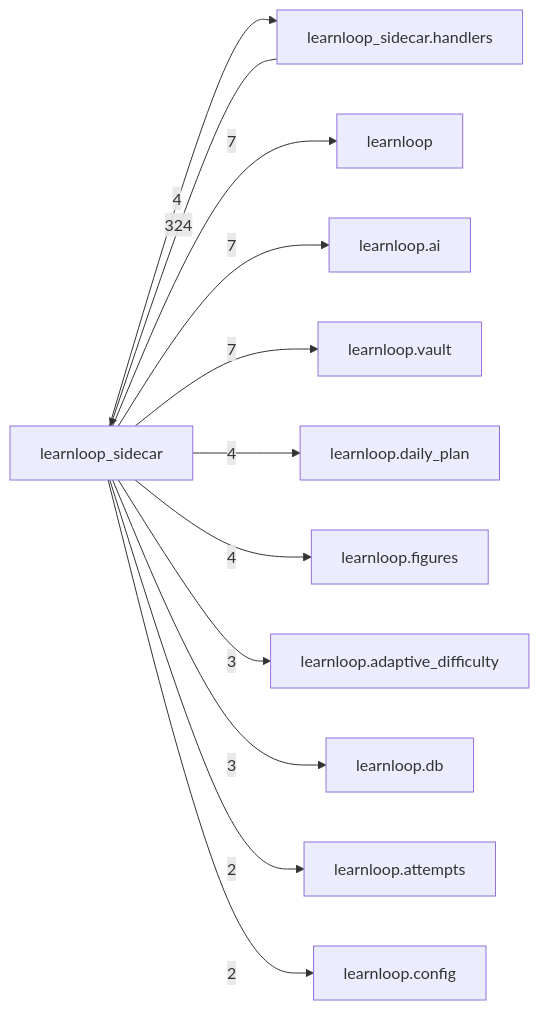
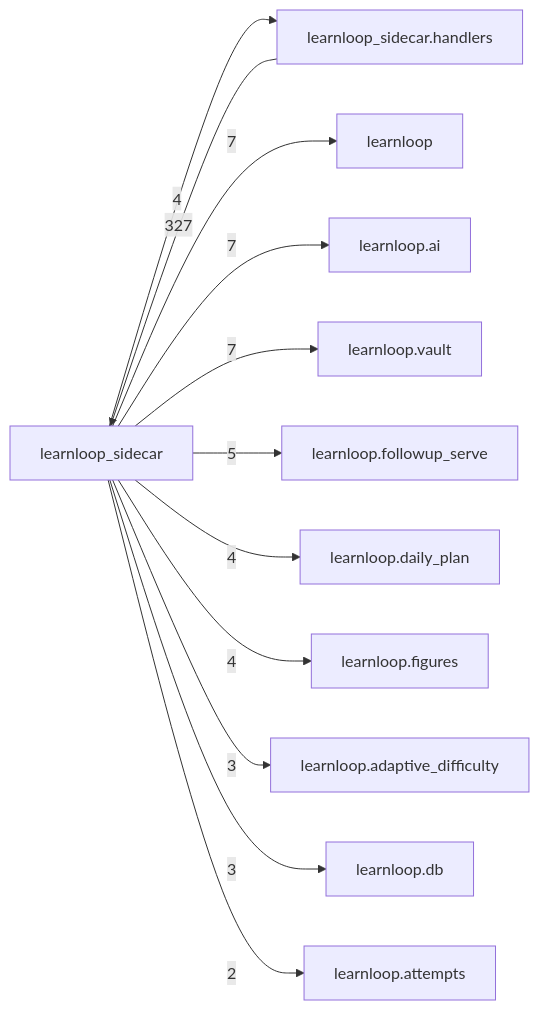
The diagram in docs/learnloop-architecture-vault/Reference/Modules/learnloop_sidecar/_package.md (6up-b/learnanything), drawn with Mermaid before and after one commit. The commit also changed other lines of this file and 616 other files, not shown here.

Commit message:
FG1 WIP (7e): references regenerated at migration 241 (db reference, desktop catalog, module catalog with learnloop.followup_serve and learnloop.followup_run described)

````diff
--- a/docs/learnloop-architecture-vault/Reference/Modules/learnloop_sidecar/_package.md
+++ b/docs/learnloop-architecture-vault/Reference/Modules/learnloop_sidecar/_package.md
@@ -122,25 +124,25 @@
 ```mermaid
 flowchart LR
     center["learnloop_sidecar"]
     n_learnloop_sidecar_handlers["learnloop_sidecar.handlers"]
     n_learnloop["learnloop"]
     n_learnloop_ai["learnloop.ai"]
     n_learnloop_vault["learnloop.vault"]
+    n_learnloop_followup_serve["learnloop.followup_serve"]
     n_learnloop_daily_plan["learnloop.daily_plan"]
     n_learnloop_figures["learnloop.figures"]
     n_learnloop_adaptive_difficulty["learnloop.adaptive_difficulty"]
     n_learnloop_db["learnloop.db"]
     n_learnloop_attempts["learnloop.attempts"]
-    n_learnloop_config["learnloop.config"]
-    n_learnloop_sidecar_handlers -->|324| center
+    n_learnloop_sidecar_handlers -->|327| center
     center -->|4| n_learnloop_sidecar_handlers
     center -->|7| n_learnloop
     center -->|7| n_learnloop_ai
     center -->|7| n_learnloop_vault
+    center -->|5| n_learnloop_followup_serve
     center -->|4| n_learnloop_daily_plan
     center -->|4| n_learnloop_figures
     center -->|3| n_learnloop_adaptive_difficulty
     center -->|3| n_learnloop_db
     center -->|2| n_learnloop_attempts
-    center -->|2| n_learnloop_config
 ```
````
